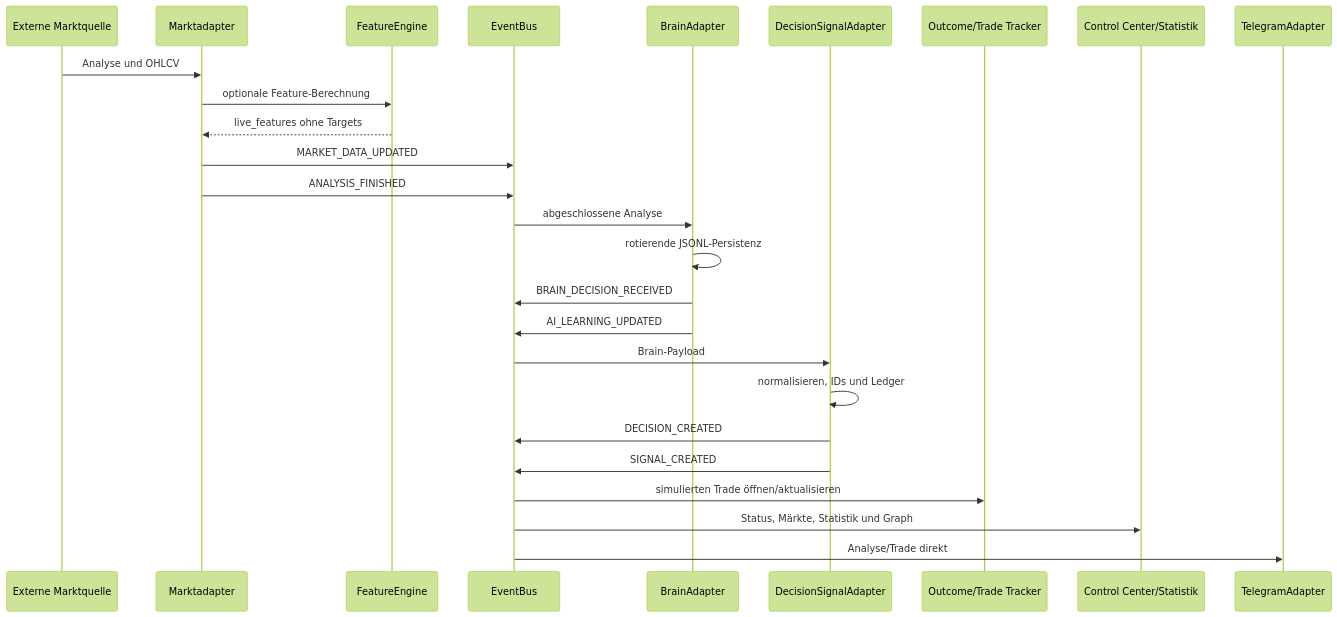
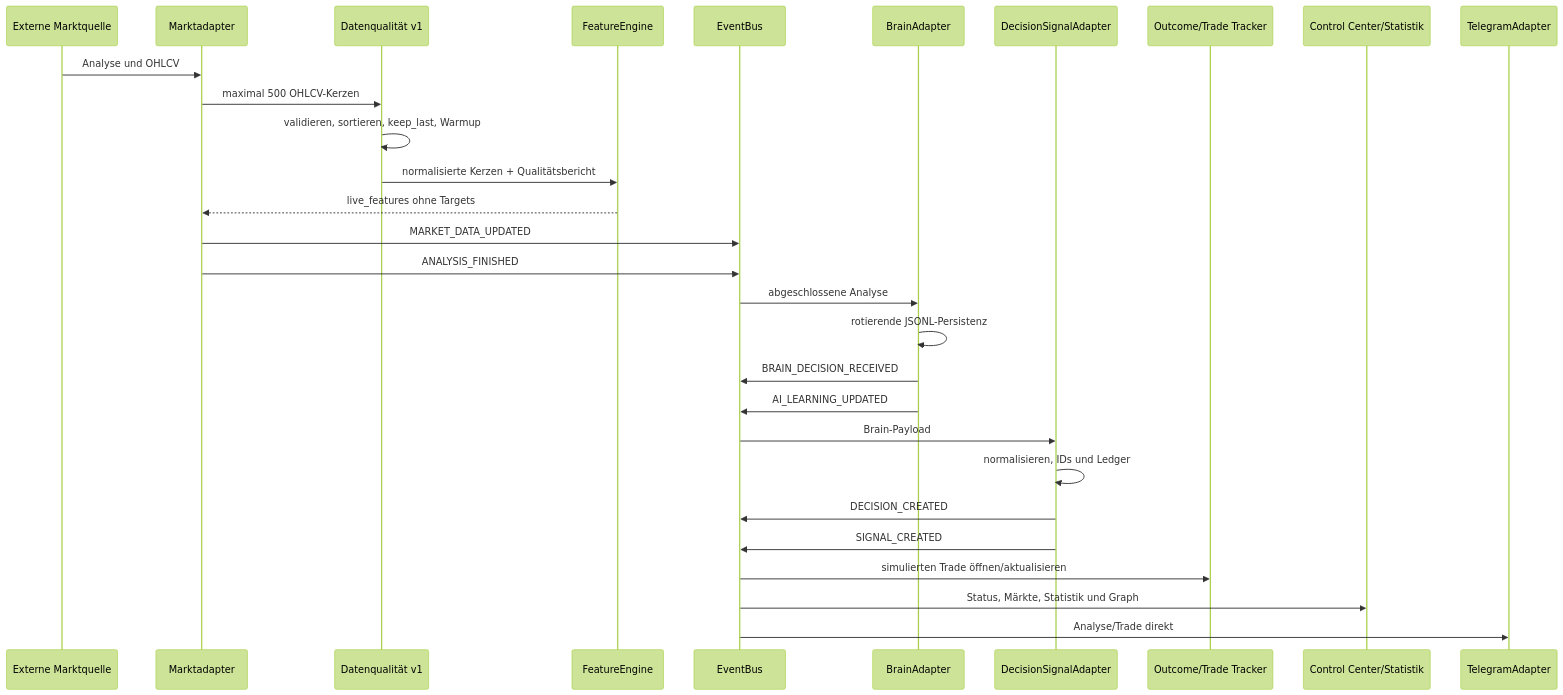
One commit to cRioshy/Pando changed the second of 7 diagrams in docs/ARCHITECTURE.md. Above: the diagram before and after it, drawn with Mermaid (forest theme). The commit also changed other lines of this file and 12 other files, not shown here.

Commit message:
Implement feature data quality contract

````diff
--- a/docs/ARCHITECTURE.md
+++ b/docs/ARCHITECTURE.md
@@ -55,29 +58,32 @@
 ```mermaid
 sequenceDiagram
     participant Source as Externe Marktquelle
     participant Market as Marktadapter
+    participant Quality as Datenqualität v1
     participant Feature as FeatureEngine
     participant Bus as EventBus
     participant Brain as BrainAdapter
     participant Decision as DecisionSignalAdapter
     participant Tracker as Outcome/Trade Tracker
     participant View as Control Center/Statistik
     participant Telegram as TelegramAdapter
 
     Source->>Market: Analyse und OHLCV
-    Market->>Feature: optionale Feature-Berechnung
+    Market->>Quality: maximal 500 OHLCV-Kerzen
+    Quality->>Quality: validieren, sortieren, keep_last, Warmup
+    Quality->>Feature: normalisierte Kerzen + Qualitätsbericht
     Feature-->>Market: live_features ohne Targets
     Market->>Bus: MARKET_DATA_UPDATED
     Market->>Bus: ANALYSIS_FINISHED
     Bus->>Brain: abgeschlossene Analyse
     Brain->>Brain: rotierende JSONL-Persistenz
     Brain->>Bus: BRAIN_DECISION_RECEIVED
     Brain->>Bus: AI_LEARNING_UPDATED
     Bus->>Decision: Brain-Payload
     Decision->>Decision: normalisieren, IDs und Ledger
     Decision->>Bus: DECISION_CREATED
     Decision->>Bus: SIGNAL_CREATED
     Bus->>Tracker: simulierten Trade öffnen/aktualisieren
     Bus->>View: Status, Märkte, Statistik und Graph
     Bus->>Telegram: Analyse/Trade direkt
 ```
````
